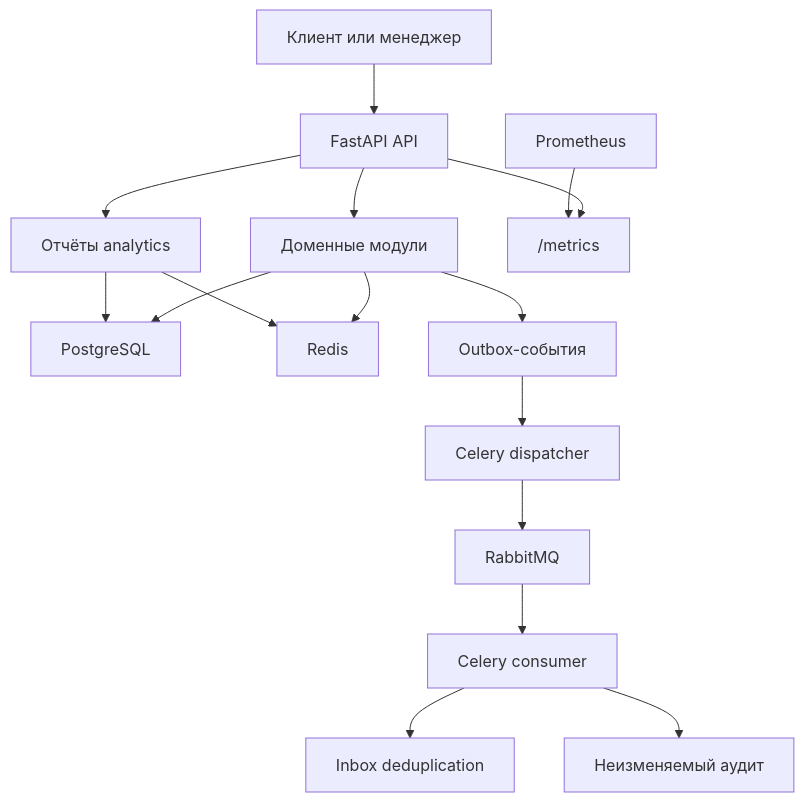
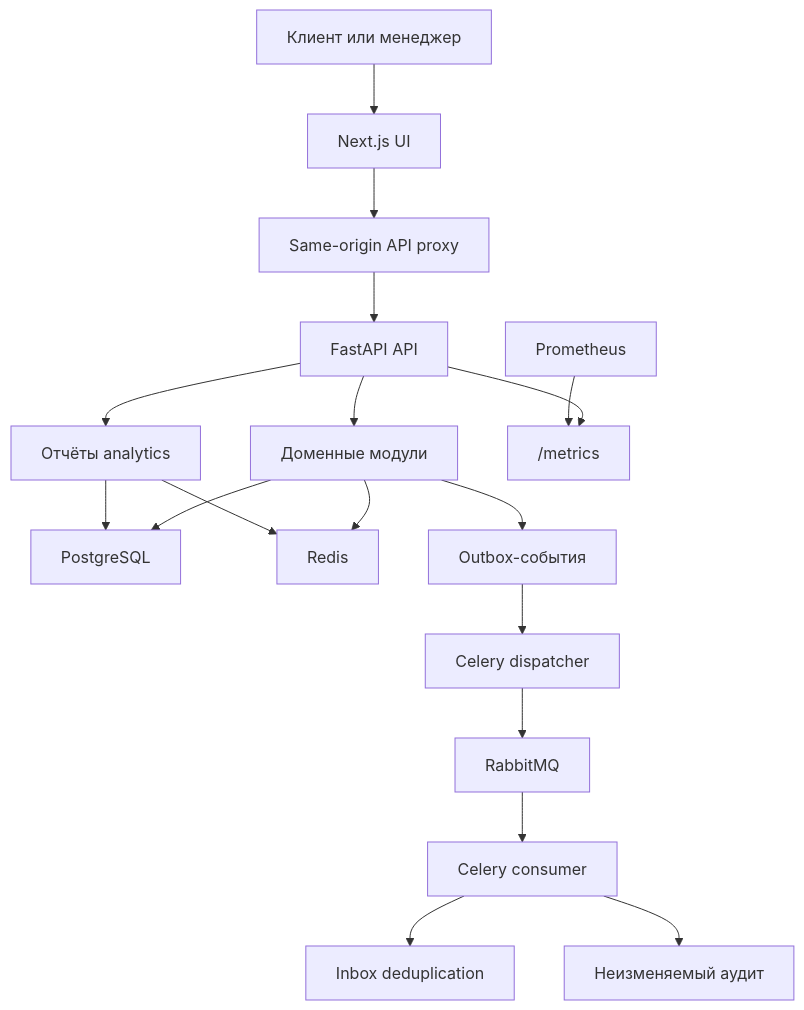
Before and after one commit to sqoapwish/orderflow: the diagram in README.md, drawn with Mermaid. The commit also changed other lines of this file and 51 other files, not shown here.

````diff
--- a/README.md
+++ b/README.md
@@ -68,18 +76,20 @@
 ```mermaid
 flowchart TD
-    Client["Клиент или менеджер"] --> API["FastAPI API"]
+    Client["Клиент или менеджер"] --> Web["Next.js UI"]
+    Web --> Proxy["Same-origin API proxy"]
+    Proxy --> API["FastAPI API"]
     API --> Modules["Доменные модули"]
     Modules --> PostgreSQL["PostgreSQL"]
     Modules --> Redis["Redis"]
     Modules --> Outbox["Outbox-события"]
     Outbox --> Dispatcher["Celery dispatcher"]
     Dispatcher --> RabbitMQ["RabbitMQ"]
     RabbitMQ --> Consumer["Celery consumer"]
     Consumer --> Inbox["Inbox deduplication"]
     Consumer --> Audit["Неизменяемый аудит"]
     API --> Analytics["Отчёты analytics"]
     Analytics --> PostgreSQL
     Analytics --> Redis
     API --> Metrics["/metrics"]
     Prometheus["Prometheus"] --> Metrics
 ```
````
